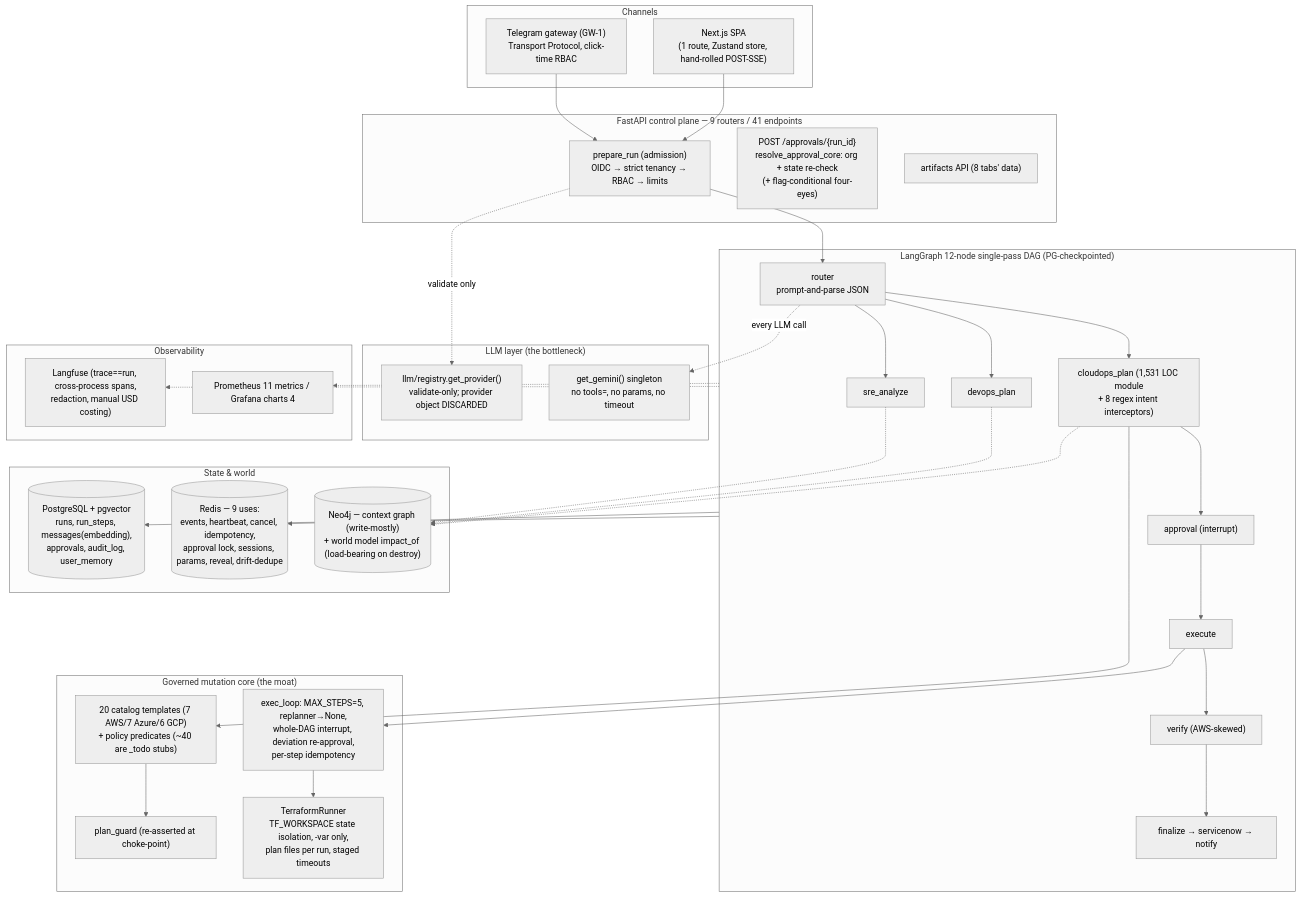
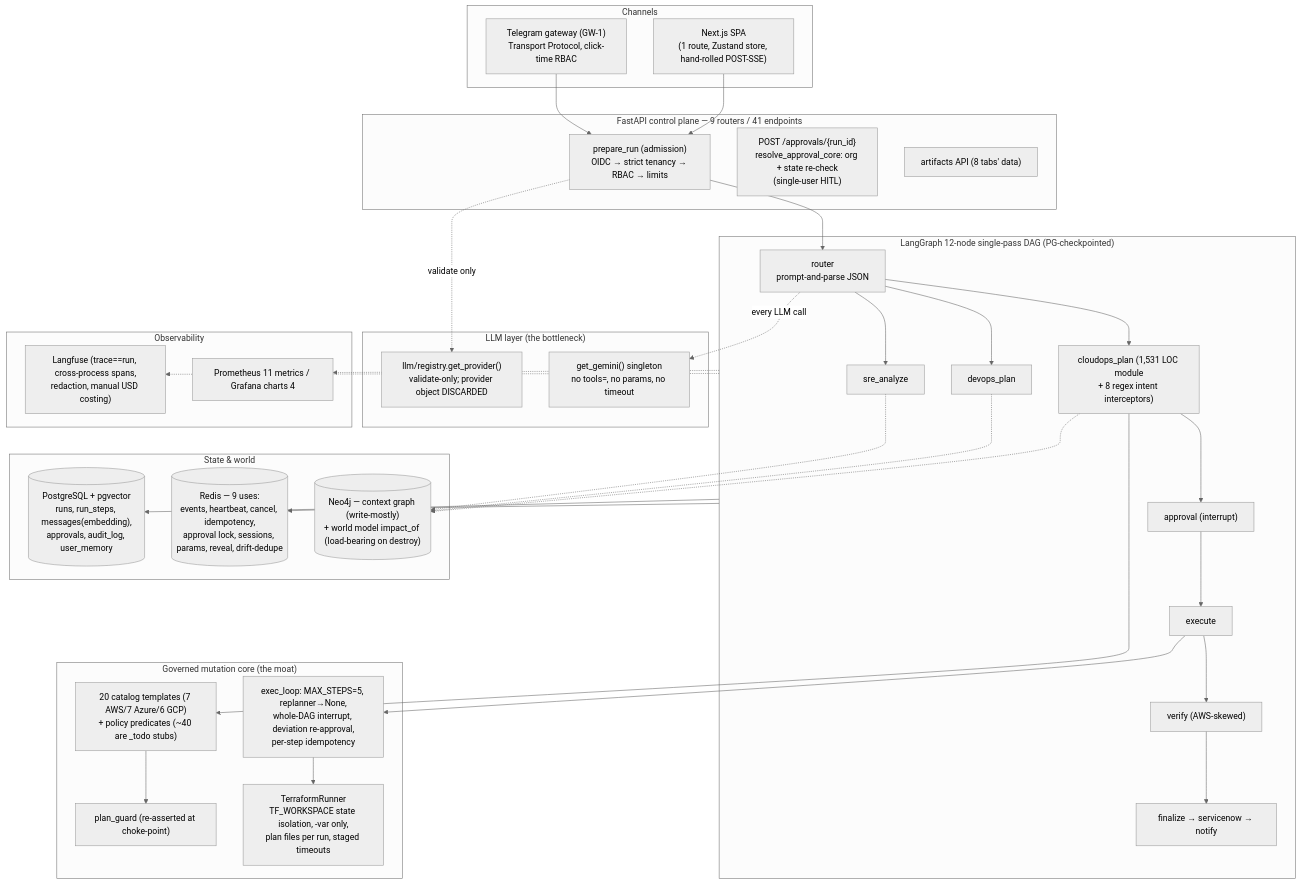
One commit to Saikumar22042002/AegisOps_AIOPS changed the diagram in Redesign/01-Current-State-Architecture.md. Above: the diagram before and after it, drawn with Mermaid (neutral theme). The commit also changed other lines of this file and 38 other files, not shown here.

````diff
--- a/Redesign/01-Current-State-Architecture.md
+++ b/Redesign/01-Current-State-Architecture.md
@@ -35,60 +35,60 @@
 ```mermaid
 flowchart TB
     subgraph CHANNELS["Channels"]
         SPA["Next.js SPA<br/>(1 route, Zustand store, hand-rolled POST-SSE)"]
         TG["Telegram gateway (GW-1)<br/>Transport Protocol, click-time RBAC"]
     end
 
     subgraph CONTROL["FastAPI control plane — 9 routers / 41 endpoints"]
         PREP["prepare_run (admission)<br/>OIDC → strict tenancy → RBAC → limits"]
-        APR["POST /approvals/{run_id}<br/>resolve_approval_core: org + state re-check<br/>(+ flag-conditional four-eyes)"]
+        APR["POST /approvals/{run_id}<br/>resolve_approval_core: org + state re-check<br/>(single-user HITL)"]
         ART["artifacts API (8 tabs' data)"]
     end
 
     subgraph GRAPH["LangGraph 12-node single-pass DAG (PG-checkpointed)"]
         RT["router<br/>prompt-and-parse JSON"]
         CP["cloudops_plan (1,531 LOC module<br/>+ 8 regex intent interceptors)"]
         DP["devops_plan"]
         SA["sre_analyze"]
         AP["approval (interrupt)"]
         EX["execute"]
         VF["verify (AWS-skewed)"]
         FN["finalize → servicenow → notify"]
     end
 
     subgraph LLM["LLM layer (the bottleneck)"]
         SEAM["llm/registry.get_provider()<br/>validate-only; provider object DISCARDED"]
         SING["get_gemini() singleton<br/>no tools=, no params, no timeout"]
     end
 
     subgraph GOV["Governed mutation core (the moat)"]
         TPL["20 catalog templates (7 AWS/7 Azure/6 GCP)<br/>+ policy predicates (~40 are _todo stubs)"]
         PG_["plan_guard (re-asserted at choke-point)"]
         TF["TerraformRunner<br/>TF_WORKSPACE state isolation, -var only,<br/>plan files per run, staged timeouts"]
         XL["exec_loop: MAX_STEPS=5, replanner→None,<br/>whole-DAG interrupt, deviation re-approval,<br/>per-step idempotency"]
     end
 
     subgraph STATE["State & world"]
         PGDB[("PostgreSQL + pgvector<br/>runs, run_steps, messages(embedding),<br/>approvals, audit_log, user_memory")]
         RDS[("Redis — 9 uses:<br/>events, heartbeat, cancel, idempotency,<br/>approval lock, sessions, params, reveal, drift-dedupe")]
         N4J[("Neo4j — context graph (write-mostly)<br/>+ world model impact_of (load-bearing on destroy)")]
     end
 
     subgraph OBS["Observability"]
         LF["Langfuse (trace==run, cross-process spans,<br/>redaction, manual USD costing)"]
         PROM["Prometheus 11 metrics / Grafana charts 4"]
     end
 
     SPA --> PREP --> RT
     TG --> PREP
     RT --> CP & DP & SA
     CP --> AP --> EX --> VF --> FN
     RT -.->|"every LLM call"| SING
     PREP -.->|"validate only"| SEAM
     EX --> XL --> TF
     CP --> TPL --> PG_
     GRAPH --> PGDB
     GRAPH --> RDS
     CP & DP & SA -.-> N4J
     GRAPH -.-> LF & PROM
 ```
````
